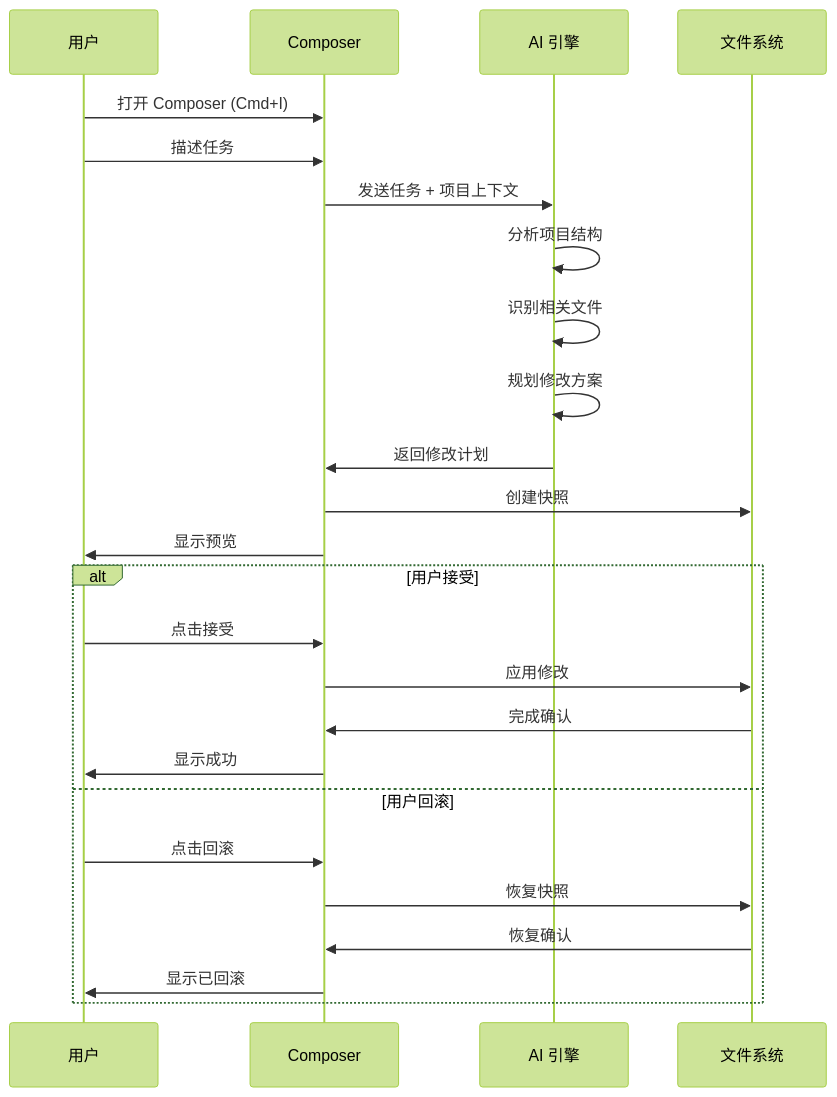
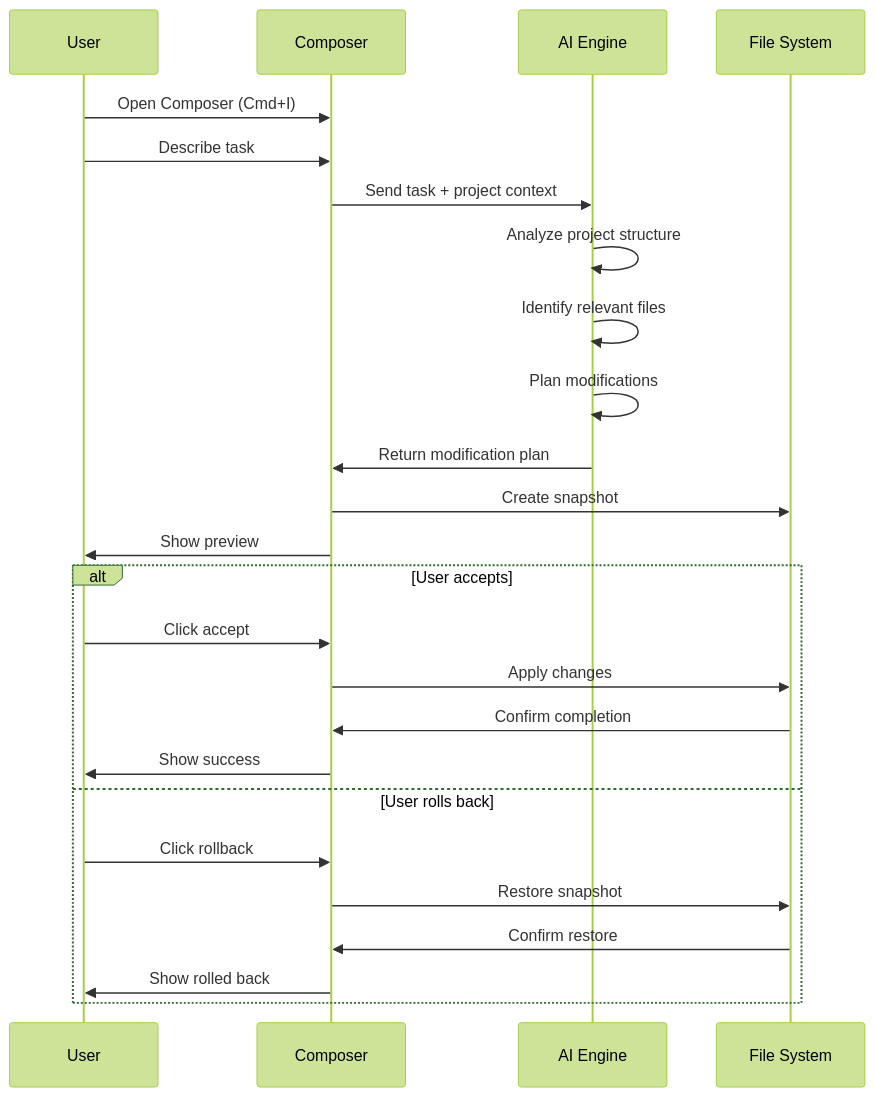
One commit to DDR187/cursor-howto changed the fourth of 6 diagrams in 05-composer/README.md. Above: the diagram before and after it, drawn with Mermaid (forest theme). The commit also changed other lines of this file and 22 other files, not shown here.

````diff
--- a/05-composer/README.md
+++ b/05-composer/README.md
@@ -150,32 +150,32 @@
 ```mermaid
 sequenceDiagram
-    participant U as 用户
+    participant U as User
     participant C as Composer
-    participant AI as AI 引擎
-    participant FS as 文件系统
+    participant AI as AI Engine
+    participant FS as File System
     
-    U->>C: 打开 Composer (Cmd+I)
-    U->>C: 描述任务
+    U->>C: Open Composer (Cmd+I)
+    U->>C: Describe task
     
-    C->>AI: 发送任务 + 项目上下文
-    AI->>AI: 分析项目结构
-    AI->>AI: 识别相关文件
-    AI->>AI: 规划修改方案
+    C->>AI: Send task + project context
+    AI->>AI: Analyze project structure
+    AI->>AI: Identify relevant files
+    AI->>AI: Plan modifications
     
-    AI->>C: 返回修改计划
-    C->>FS: 创建快照
+    AI->>C: Return modification plan
+    C->>FS: Create snapshot
     
-    C->>U: 显示预览
+    C->>U: Show preview
     
-    alt 用户接受
-        U->>C: 点击接受
-        C->>FS: 应用修改
-        FS->>C: 完成确认
-        C->>U: 显示成功
-    else 用户回滚
-        U->>C: 点击回滚
-        C->>FS: 恢复快照
-        FS->>C: 恢复确认
-        C->>U: 显示已回滚
+    alt User accepts
+        U->>C: Click accept
+        C->>FS: Apply changes
+        FS->>C: Confirm completion
+        C->>U: Show success
+    else User rolls back
+        U->>C: Click rollback
+        C->>FS: Restore snapshot
+        FS->>C: Confirm restore
+        C->>U: Show rolled back
     end
 ```
````
